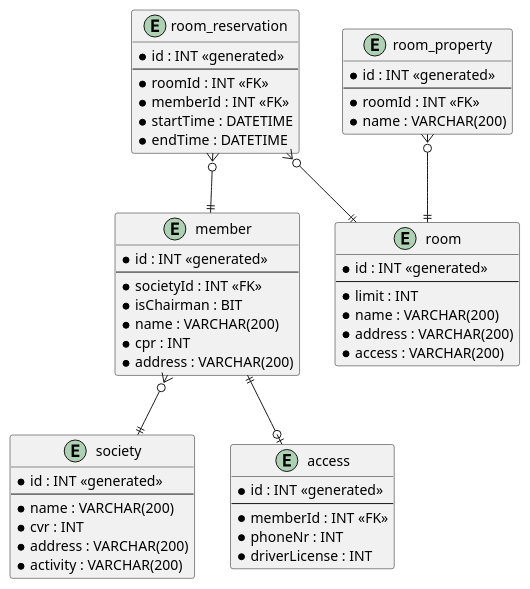
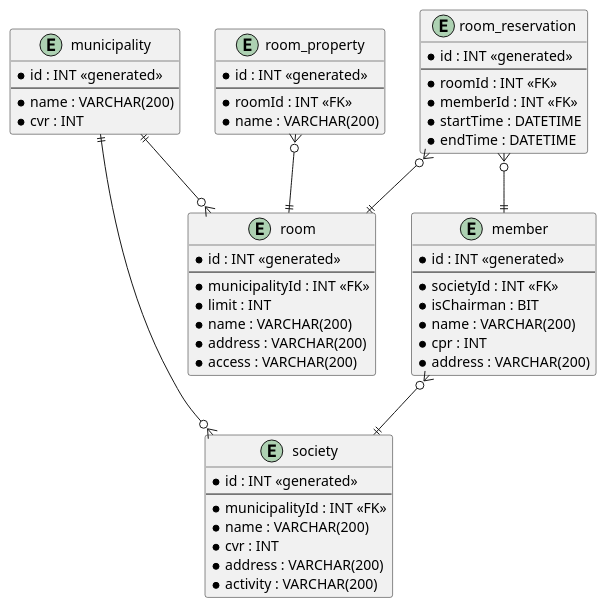
The diagram in EFCoreDab2/uml/er-diagram.puml (au-swte21-14/dab2), drawn with PlantUML before and after one commit. The commit also changed 6 other files, not shown here.

Commit message:
Fixed diagrams

```diff
--- a/EFCoreDab2/uml/er-diagram.puml
+++ b/EFCoreDab2/uml/er-diagram.puml
@@ -1,62 +1,64 @@
 @startuml
 'https://plantuml.com/class-diagram
+
+entity municipality {
+    * id : INT <<generated>>
+    --
+    * name : VARCHAR(200)
+    * cvr : INT
+}
 
 entity society {
     * id : INT <<generated>>
     --
+    * municipalityId : INT <<FK>>
     * name : VARCHAR(200)
     * cvr : INT
     * address : VARCHAR(200)
     * activity : VARCHAR(200)
 }
 
 entity member {
     * id : INT <<generated>>
     --
     * societyId : INT <<FK>>
     * isChairman : BIT
     * name : VARCHAR(200)
     * cpr : INT
     * address : VARCHAR(200)
 }
 
 entity room {
     * id : INT <<generated>>
     --
+    * municipalityId : INT <<FK>>
     * limit : INT
     * name : VARCHAR(200)
     * address : VARCHAR(200)
     * access : VARCHAR(200)
 }
 
 entity room_property {
     * id : INT <<generated>>
     --
     * roomId : INT <<FK>>
     * name : VARCHAR(200)
 }
 
 entity room_reservation {
     * id : INT <<generated>>
     --
     * roomId : INT <<FK>>
     * memberId : INT <<FK>>
     * startTime : DATETIME
     * endTime : DATETIME
 }
 
-entity access {
-    * id : INT <<generated>>
-    --
-    * memberId : INT <<FK>>
-    * phoneNr : INT
-    * driverLicense : INT
-}
-
 member }o--|| society
 room_reservation }o--|| member
 room_reservation }o--|| room
 room_property }o--|| room
-member ||--o| access
+municipality ||--o{ society
+municipality ||--o{ room
 
 @enduml
```
